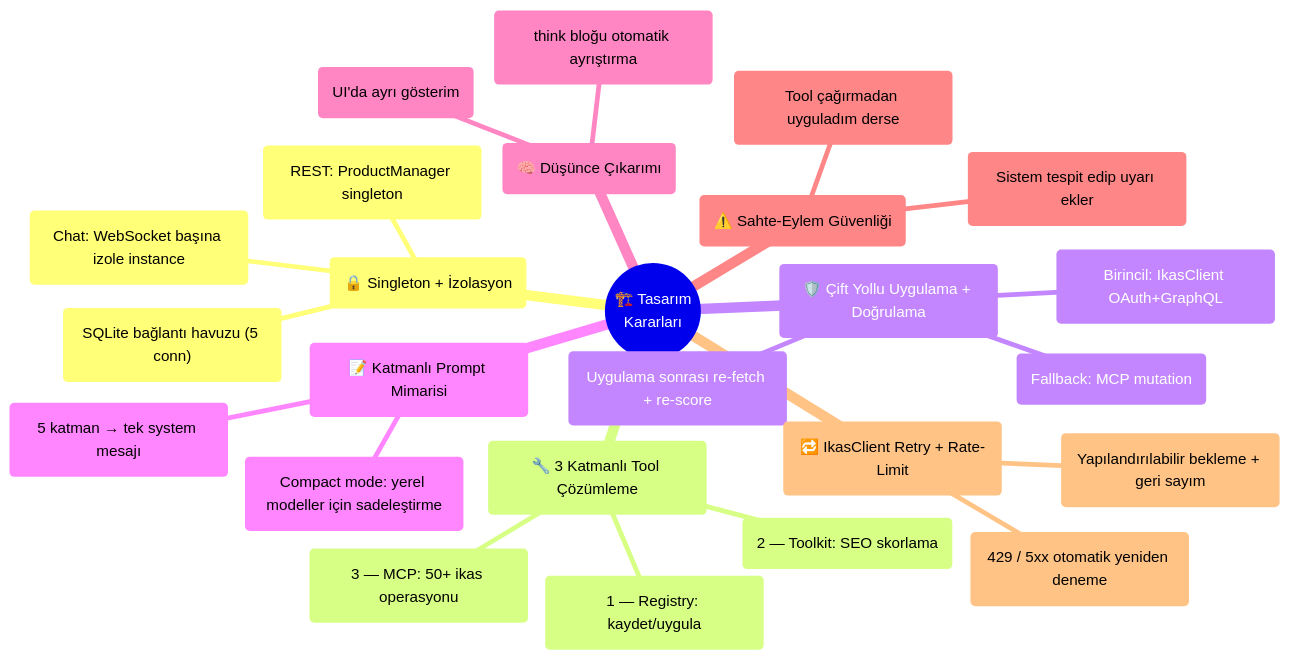
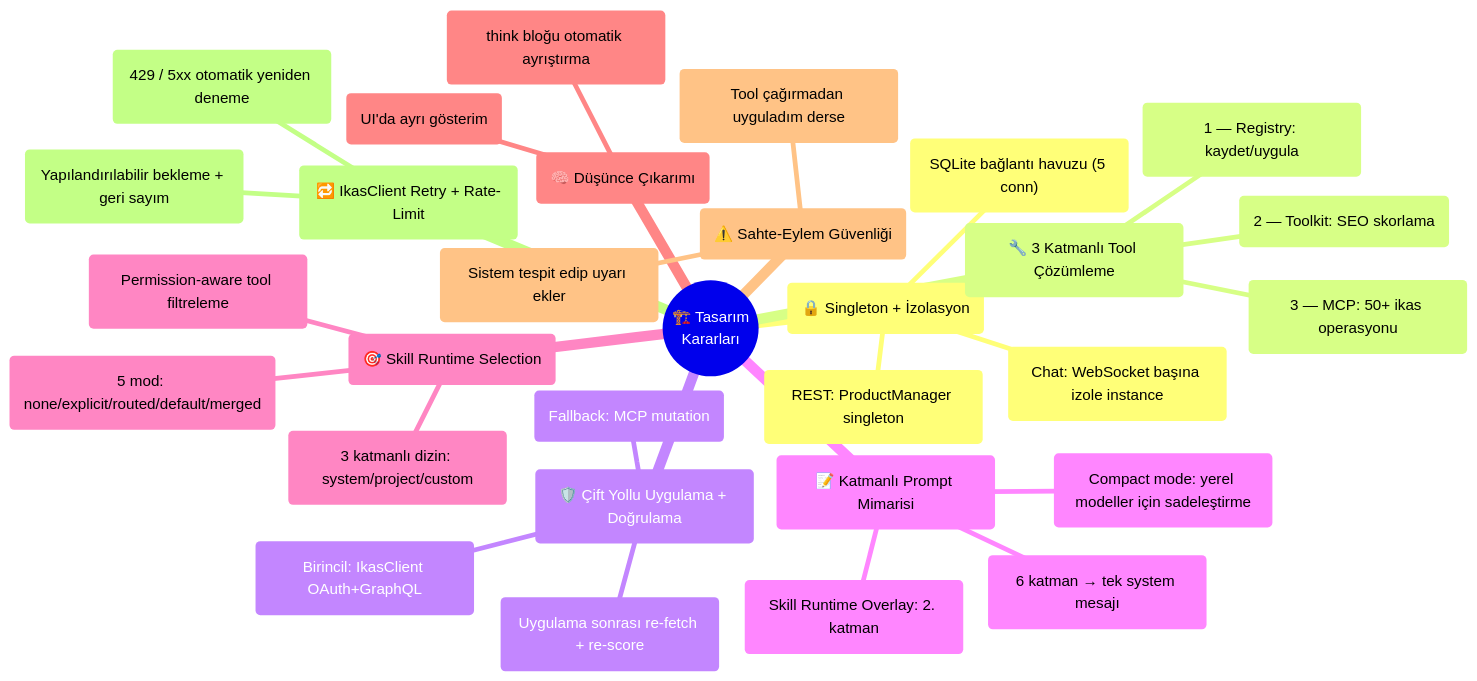
Before and after one commit to YigitKa/ikas-ai-seo-agent: diagram 12 of 18 in README.md, drawn with Mermaid. The commit also changed other lines of this file and 19 other files, not shown here.

First line of the commit message:
Add integration tests for skill studio API and runtime skill selection

````diff
--- a/README.md
+++ b/README.md
@@ -540,28 +602,33 @@
 ```mermaid
 mindmap
   root(("🏗️ Tasarım<br/>Kararları"))
     ("🔒 Singleton + İzolasyon")
       ("REST: ProductManager singleton")
       ("Chat: WebSocket başına izole instance")
       ("SQLite bağlantı havuzu (5 conn)")
     ("🔧 3 Katmanlı Tool Çözümleme")
       ("1 — Registry: kaydet/uygula")
       ("2 — Toolkit: SEO skorlama")
       ("3 — MCP: 50+ ikas operasyonu")
     ("🛡️ Çift Yollu Uygulama + Doğrulama")
       ("Birincil: IkasClient OAuth+GraphQL")
       ("Fallback: MCP mutation")
       ("Uygulama sonrası re-fetch + re-score")
     ("📝 Katmanlı Prompt Mimarisi")
-      ("5 katman → tek system mesajı")
+      ("6 katman → tek system mesajı")
+      ("Skill Runtime Overlay: 2. katman")
       ("Compact mode: yerel modeller için sadeleştirme")
+    ("🎯 Skill Runtime Selection")
+      ("5 mod: none/explicit/routed/default/merged")
+      ("3 katmanlı dizin: system/project/custom")
+      ("Permission-aware tool filtreleme")
     ("🧠 Düşünce Çıkarımı")
       ("think bloğu otomatik ayrıştırma")
       ("UI'da ayrı gösterim")
     ("⚠️ Sahte-Eylem Güvenliği")
       ("Tool çağırmadan uyguladım derse")
       ("Sistem tespit edip uyarı ekler")
     ("🔁 IkasClient Retry + Rate-Limit")
       ("429 / 5xx otomatik yeniden deneme")
       ("Yapılandırılabilir bekleme + geri sayım")
 ```
````
